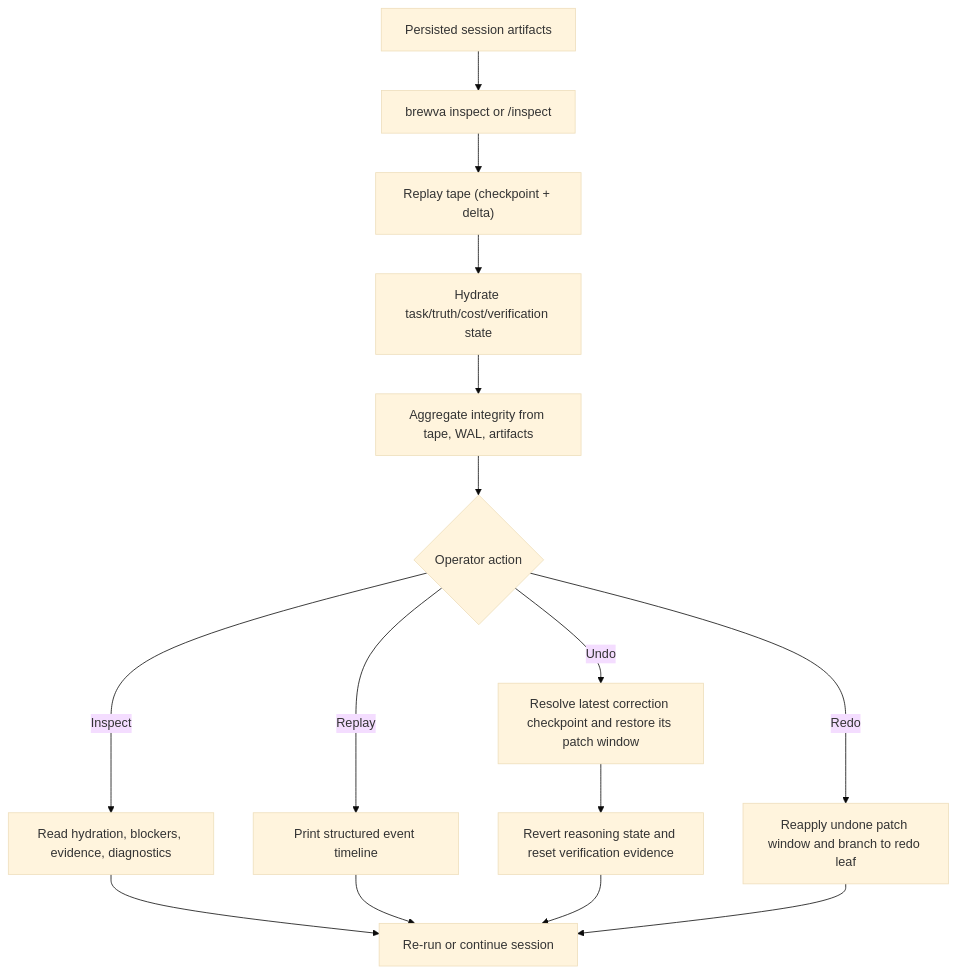
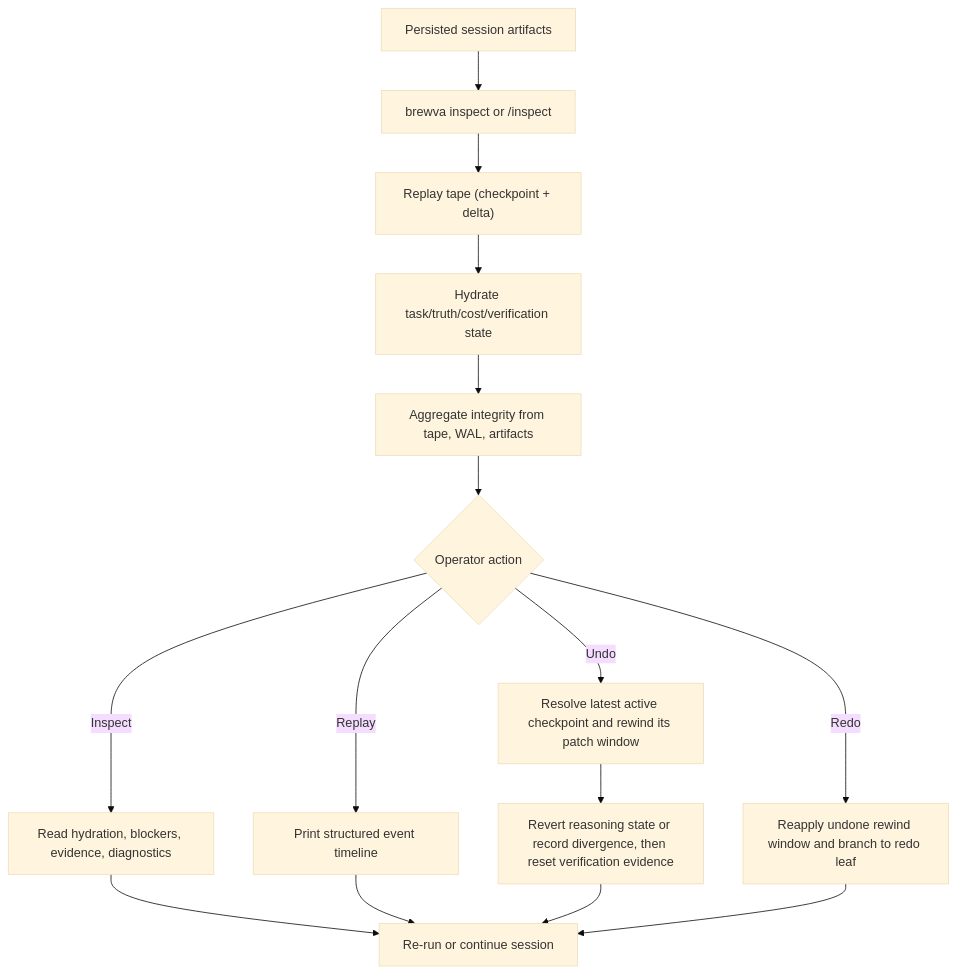
Before and after one commit to arcthur/brewva: the diagram in docs/journeys/operator/inspect-replay-and-recovery.md, drawn with Mermaid (base theme). The commit also changed other lines of this file and 54 other files, not shown here.

````diff
--- a/docs/journeys/operator/inspect-replay-and-recovery.md
+++ b/docs/journeys/operator/inspect-replay-and-recovery.md
@@ -39,17 +41,17 @@
 ```mermaid
 flowchart TD
   A["Persisted session artifacts"] --> B["brewva inspect or /inspect"]
   B --> C["Replay tape (checkpoint + delta)"]
   C --> D["Hydrate task/truth/cost/verification state"]
   D --> E["Aggregate integrity from tape, WAL, artifacts"]
   E --> F{"Operator action"}
   F -->|Inspect| G["Read hydration, blockers, evidence, diagnostics"]
   F -->|Replay| H["Print structured event timeline"]
-  F -->|Undo| I["Resolve latest correction checkpoint and restore its patch window"]
-  I --> J["Revert reasoning state and reset verification evidence"]
-  F -->|Redo| L["Reapply undone patch window and branch to redo leaf"]
+  F -->|Undo| I["Resolve latest active checkpoint and rewind its patch window"]
+  I --> J["Revert reasoning state or record divergence, then reset verification evidence"]
+  F -->|Redo| L["Reapply undone rewind window and branch to redo leaf"]
   G --> K["Re-run or continue session"]
   H --> K
   J --> K
   L --> K
 ```
````
